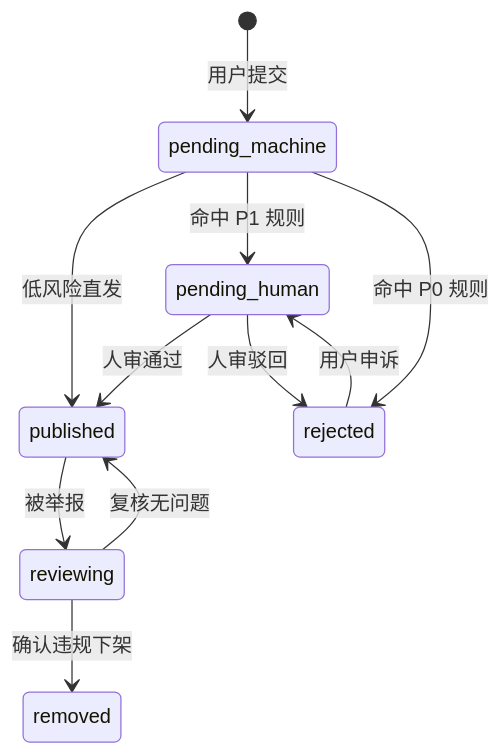
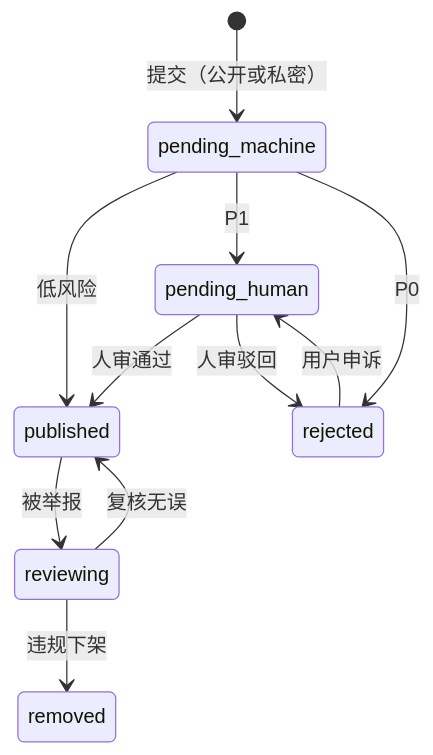
The third of 4 diagrams in docs/技术方案-职问桥.md (Clover1218/CareerQ), drawn with Mermaid before and after one commit. The commit also changed other lines of this file and 4 other files, not shown here.

````diff
--- a/docs/技术方案-职问桥.md
+++ b/docs/技术方案-职问桥.md
@@ -115,13 +124,13 @@
 ```mermaid
 stateDiagram-v2
-    [*] --> pending_machine: 用户提交
-    pending_machine --> published: 低风险直发
-    pending_machine --> pending_human: 命中 P1 规则
-    pending_machine --> rejected: 命中 P0 规则
+    [*] --> pending_machine: 提交（公开或私密）
+    pending_machine --> published: 低风险
+    pending_machine --> pending_human: P1
+    pending_machine --> rejected: P0
     pending_human --> published: 人审通过
     pending_human --> rejected: 人审驳回
     published --> reviewing: 被举报
-    reviewing --> published: 复核无问题
-    reviewing --> removed: 确认违规下架
+    reviewing --> published: 复核无误
+    reviewing --> removed: 违规下架
     rejected --> pending_human: 用户申诉
 ```
````
